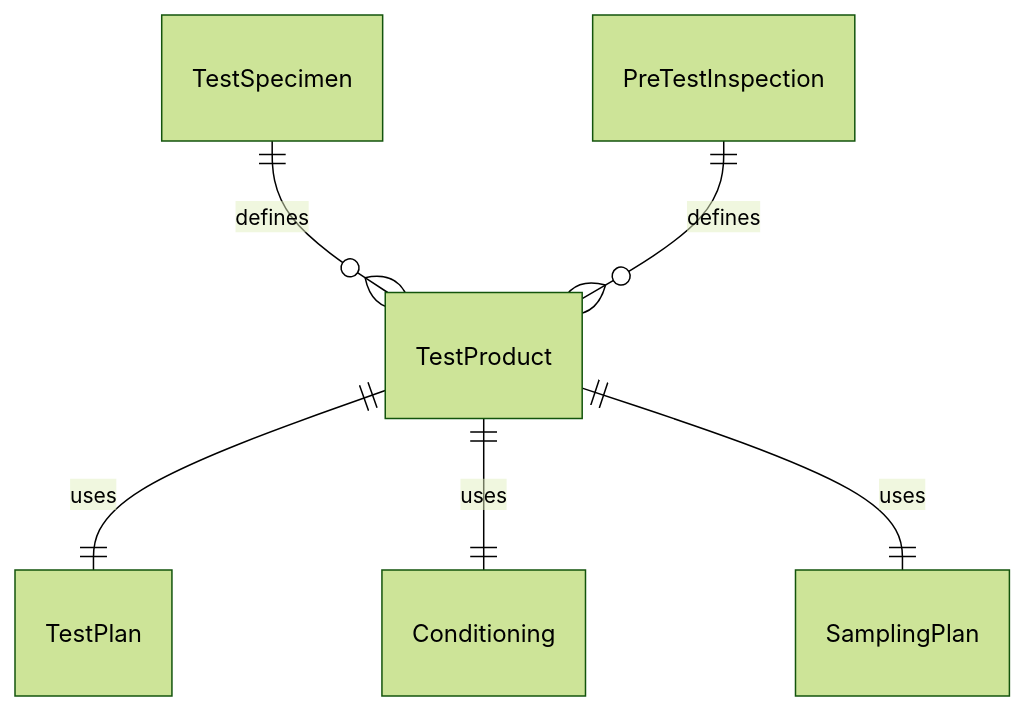
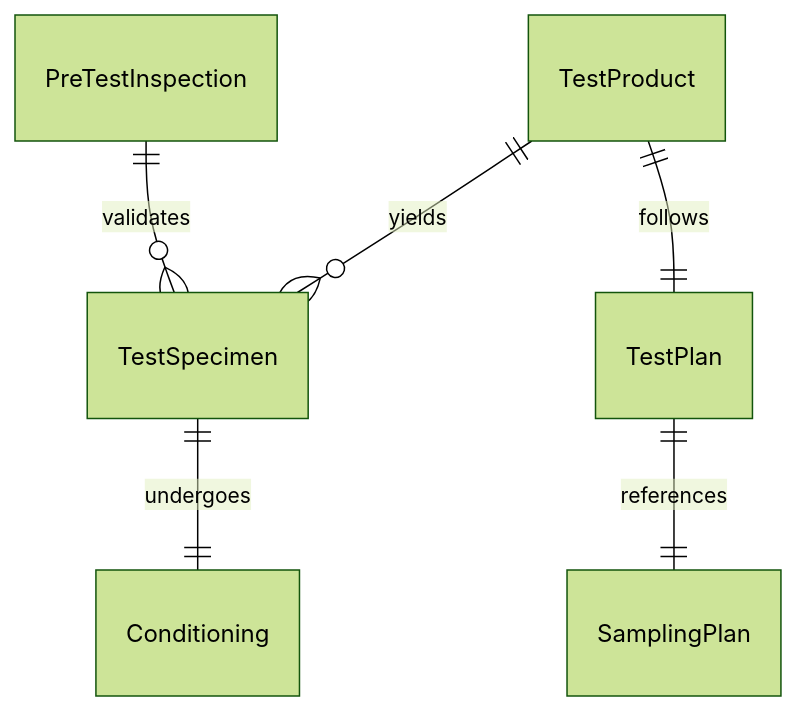
One commit to dot-org-ai/tasks.org.ai changed the first of 4 diagrams in HandlingAndMovingObjects/PrepareSpecimensOrMaterialsForTesting/PrepareProductsTesting.mdx. Above: the diagram before and after it, drawn with Mermaid (forest theme). The commit also changed other lines of this file and 515 other files, not shown here.

````diff
--- a/HandlingAndMovingObjects/PrepareSpecimensOrMaterialsForTesting/PrepareProductsTesting.mdx
+++ b/HandlingAndMovingObjects/PrepareSpecimensOrMaterialsForTesting/PrepareProductsTesting.mdx
@@ -88,8 +88,8 @@
 ```mermaid
 erDiagram
-    TestSpecimen ||--o{ TestProduct : "defines"
-    TestProduct ||--|| TestPlan : "uses"
-    TestProduct ||--|| Conditioning : "uses"
-    TestProduct ||--|| SamplingPlan : "uses"
-    PreTestInspection ||--o{ TestProduct : "defines"
+    TestProduct ||--o{ TestSpecimen : "yields"
+    TestProduct ||--|| TestPlan : "follows"
+    TestSpecimen ||--|| Conditioning : "undergoes"
+    TestPlan ||--|| SamplingPlan : "references"
+    PreTestInspection ||--o{ TestSpecimen : "validates"
 ```
````
